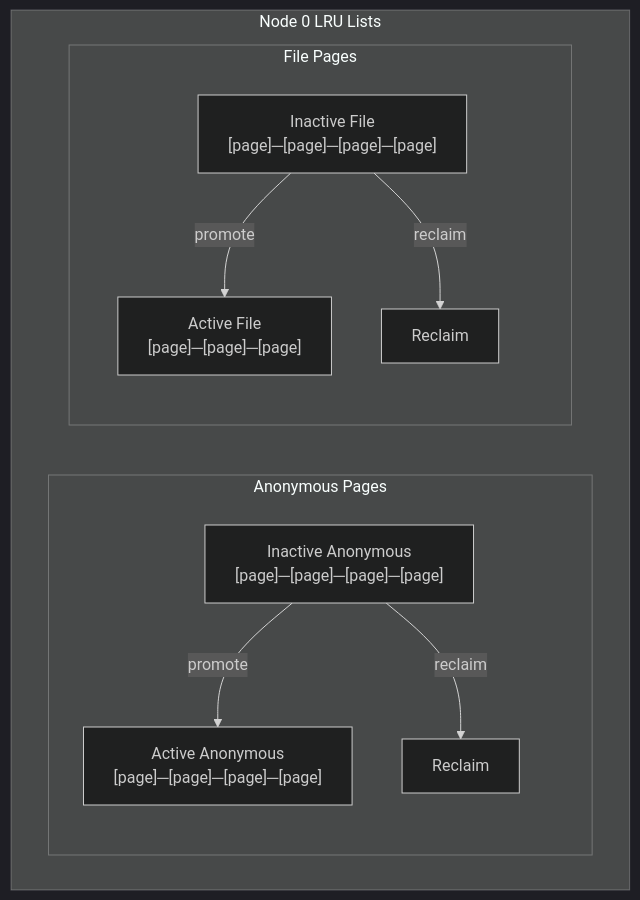
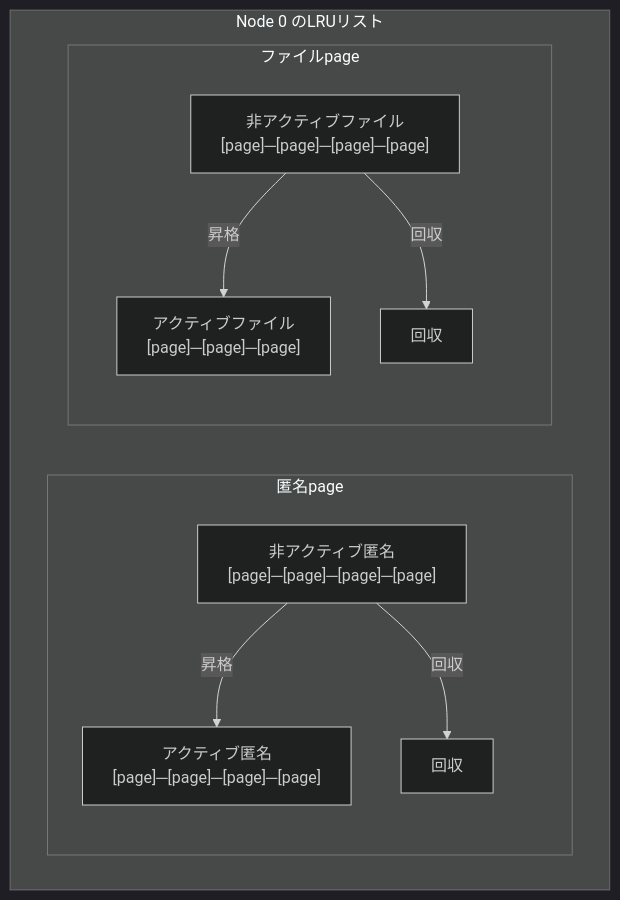
The fourth of 15 diagrams in docs/mm/life-of-page.md (doguto/linux-kernel-internals-jp), drawn with Mermaid (dark theme) before and after one commit. The commit also changed other lines of this file and 27 other files, not shown here.

````diff
--- a/docs/mm/life-of-page.md
+++ b/docs/mm/life-of-page.md
@@ -153,17 +153,17 @@
 ```mermaid
 flowchart TD
-    subgraph node0["Node 0 LRU Lists"]
-        subgraph anon["Anonymous Pages"]
-            AA["Active Anonymous<br/>[page]─[page]─[page]─[page]"]
-            IA["Inactive Anonymous<br/>[page]─[page]─[page]─[page]"]
-            IA -->|"promote"| AA
-            IA -->|"reclaim"| R1["Reclaim"]
+    subgraph node0["Node 0 のLRUリスト"]
+        subgraph anon["匿名page"]
+            AA["アクティブ匿名<br/>[page]─[page]─[page]─[page]"]
+            IA["非アクティブ匿名<br/>[page]─[page]─[page]─[page]"]
+            IA -->|"昇格"| AA
+            IA -->|"回収"| R1["回収"]
         end
-        subgraph file["File Pages"]
-            AF["Active File<br/>[page]─[page]─[page]"]
-            IF["Inactive File<br/>[page]─[page]─[page]─[page]"]
-            IF -->|"promote"| AF
-            IF -->|"reclaim"| R2["Reclaim"]
+        subgraph file["ファイルpage"]
+            AF["アクティブファイル<br/>[page]─[page]─[page]"]
+            IF["非アクティブファイル<br/>[page]─[page]─[page]─[page]"]
+            IF -->|"昇格"| AF
+            IF -->|"回収"| R2["回収"]
         end
     end
 ```
````
